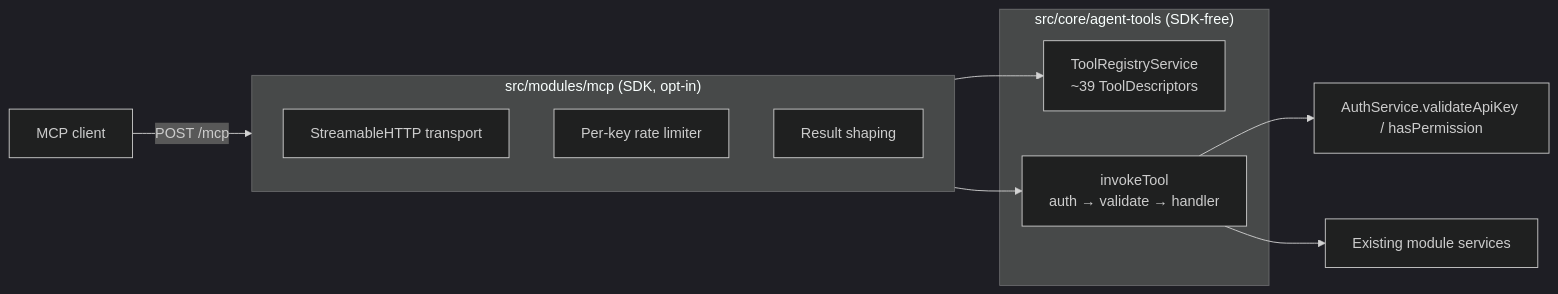
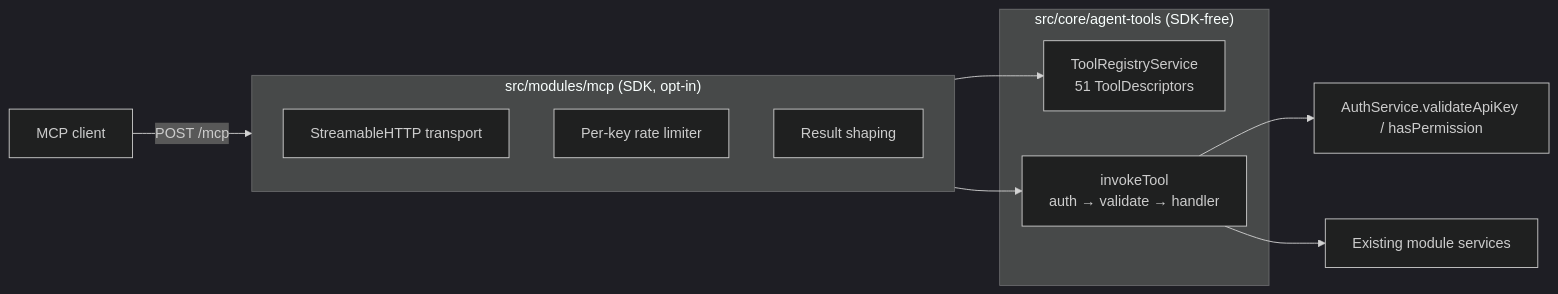
One commit to nourayman21k/OpenWA changed the second of 2 diagrams in docs/24-mcp-integration.md. Above: the diagram before and after it, drawn with Mermaid (dark theme). The commit also changed other lines of this file and 2 other files, not shown here.

First line of the commit message:
docs: correct the MCP tool count and shipped tool domains

````diff
--- a/docs/24-mcp-integration.md
+++ b/docs/24-mcp-integration.md
@@ -80,17 +80,17 @@
 ```mermaid
 flowchart LR
     Client[MCP client] -->|POST /mcp| Adapter
     subgraph Core["src/core/agent-tools (SDK-free)"]
-        Registry[ToolRegistryService<br/>~39 ToolDescriptors]
+        Registry[ToolRegistryService<br/>51 ToolDescriptors]
         Invoker[invokeTool<br/>auth → validate → handler]
     end
     subgraph Adapter["src/modules/mcp (SDK, opt-in)"]
         Server[StreamableHTTP transport]
         Limiter[Per-key rate limiter]
         Result[Result shaping]
     end
     Adapter --> Registry
     Adapter --> Invoker
     Invoker --> Auth[AuthService.validateApiKey / hasPermission]
     Invoker --> Services[Existing module services]
 ```
````
